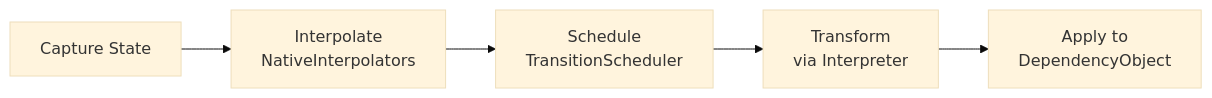
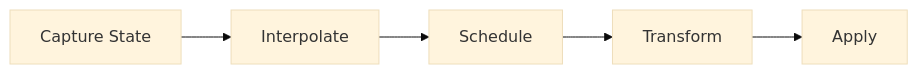
Before and after one commit to Axvser/VeloxDev: the second of 2 diagrams in Docs/VeloxDev.Docs/Assets/Docs/en/2_DeepDive/5_Animation/index.md, drawn with Mermaid (base theme). The commit also changed other lines of this file and 101 other files, not shown here.

````diff
--- a/Docs/VeloxDev.Docs/Assets/Docs/en/2_DeepDive/5_Animation/index.md
+++ b/Docs/VeloxDev.Docs/Assets/Docs/en/2_DeepDive/5_Animation/index.md
@@ -28,11 +28,7 @@
 ```mermaid
 flowchart LR
-    Capture[Capture State] --> Interpolate[Interpolate
-    NativeInterpolators]
-    Interpolate --> Schedule[Schedule
-    TransitionScheduler]
-    Schedule --> Transform[Transform
-    via Interpreter]
-    Transform --> Apply[Apply to
-    DependencyObject]
+    Capture["Capture State"] --> Interpolate["Interpolate"]
+    Interpolate --> Schedule["Schedule"]
+    Schedule --> Transform["Transform"]
+    Transform --> Apply["Apply"]
 ```
````
